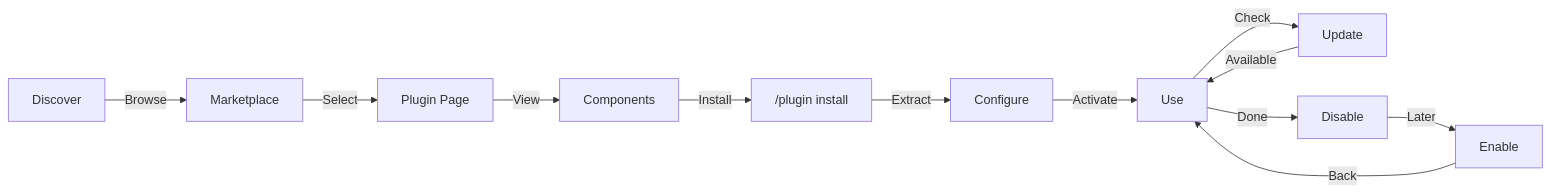
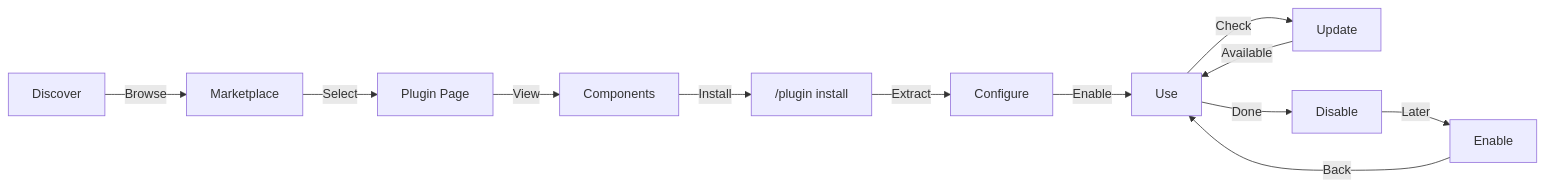
The fourth of 5 diagrams in 07-plugins/README.md (HyunjunJeon/claude-code-guide), drawn with Mermaid before and after one commit. The commit also changed other lines of this file and 23 other files, not shown here.

````diff
--- a/07-plugins/README.md
+++ b/07-plugins/README.md
@@ -569,14 +569,14 @@
 ```mermaid
 graph LR
     A["Discover"] -->|Browse| B["Marketplace"]
     B -->|Select| C["Plugin Page"]
     C -->|View| D["Components"]
     D -->|Install| E["/plugin install"]
     E -->|Extract| F["Configure"]
-    F -->|Activate| G["Use"]
+    F -->|Enable| G["Use"]
     G -->|Check| H["Update"]
     H -->|Available| G
     G -->|Done| I["Disable"]
     I -->|Later| J["Enable"]
     J -->|Back| G
 ```
````
